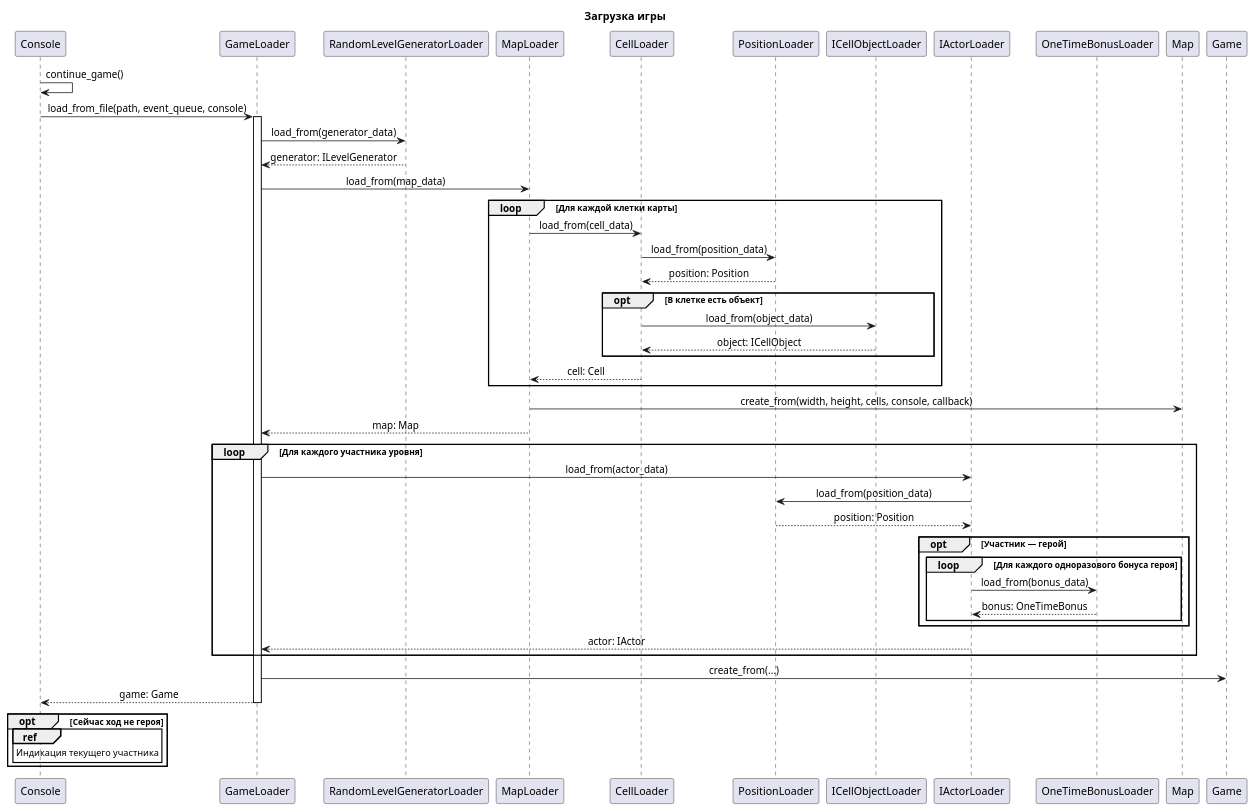
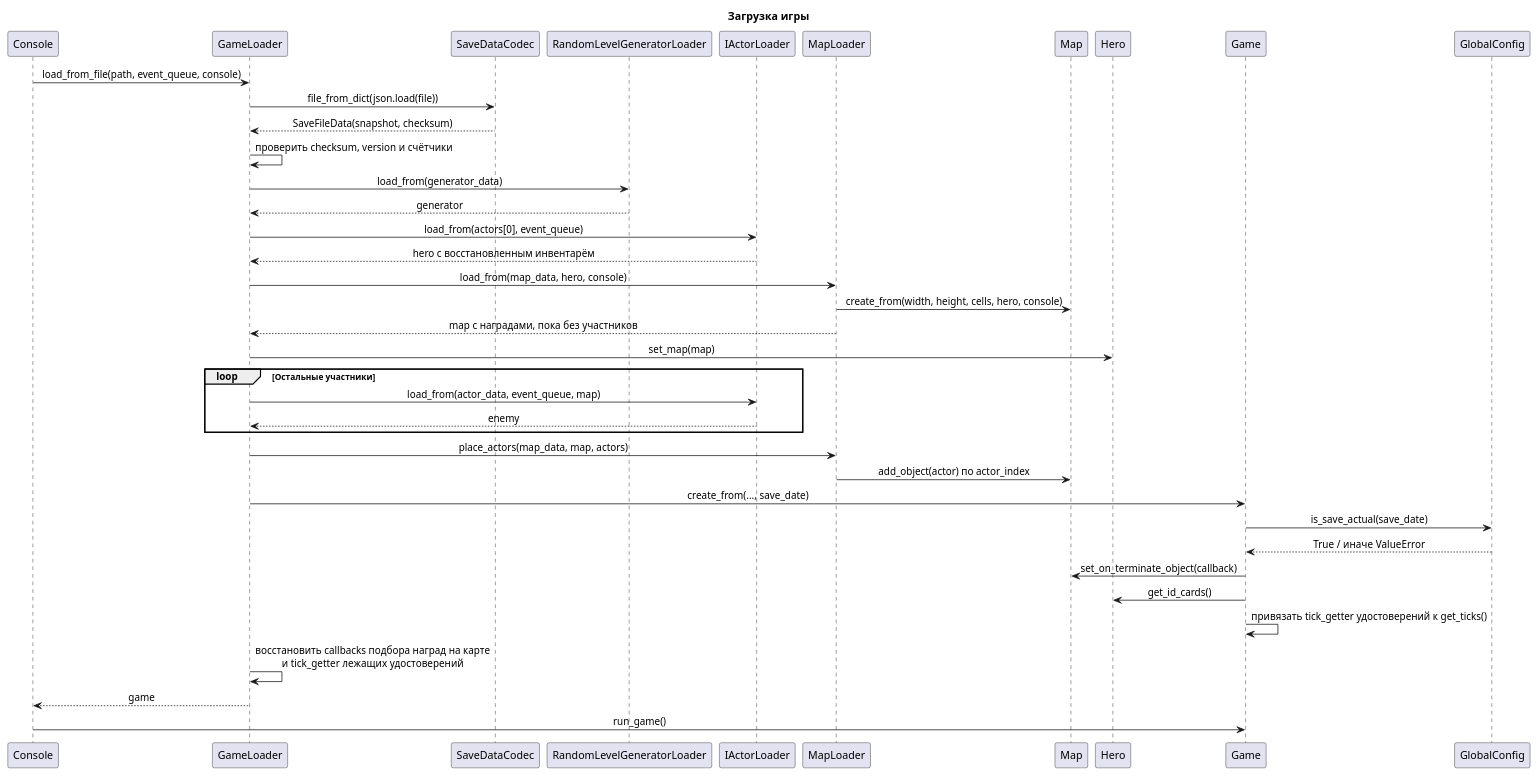
Before and after one commit to ISArchitec/Roguelike: the diagram in docs/diagrams/sequence/sequence_loading.plantuml, drawn with PlantUML. The commit also changed 18 other files, not shown here.

```diff
--- a/docs/diagrams/sequence/sequence_loading.plantuml
+++ b/docs/diagrams/sequence/sequence_loading.plantuml
@@ -1,57 +1,46 @@
 @startuml
 skinparam shadowing false
 skinparam sequenceParticipant roundCorner 0
 skinparam sequenceLifeLineBorderColor black
 skinparam sequenceLifeLineBackgroundColor white
 skinparam sequenceMessageAlign center
 title Загрузка игры
 
 participant Console
 participant GameLoader
+participant SaveDataCodec as Codec
 participant RandomLevelGeneratorLoader as GeneratorLoader
+participant IActorLoader as ActorLoader
 participant MapLoader
-participant CellLoader
-participant PositionLoader
-participant ICellObjectLoader as ObjectLoader
-participant IActorLoader as ActorLoader
-participant OneTimeBonusLoader as BonusLoader
 participant Map
+participant Hero
 participant Game
-
-Console -> Console: continue_game()
+participant GlobalConfig as Config
 Console -> GameLoader: load_from_file(path, event_queue, console)
-activate GameLoader
+GameLoader -> Codec: file_from_dict(json.load(file))
+Codec --> GameLoader: SaveFileData(snapshot, checksum)
+GameLoader -> GameLoader: проверить checksum, version и счётчики
 GameLoader -> GeneratorLoader: load_from(generator_data)
-GeneratorLoader --> GameLoader: generator: ILevelGenerator
-GameLoader -> MapLoader: load_from(map_data)
-loop Для каждой клетки карты
-    MapLoader -> CellLoader: load_from(cell_data)
-    CellLoader -> PositionLoader: load_from(position_data)
-    PositionLoader --> CellLoader: position: Position
-    opt В клетке есть объект
-        CellLoader -> ObjectLoader: load_from(object_data)
-        ObjectLoader --> CellLoader: object: ICellObject
-    end
-    CellLoader --> MapLoader: cell: Cell
+GeneratorLoader --> GameLoader: generator
+GameLoader -> ActorLoader: load_from(actors[0], event_queue)
+ActorLoader --> GameLoader: hero с восстановленным инвентарём
+GameLoader -> MapLoader: load_from(map_data, hero, console)
+MapLoader -> Map: create_from(width, height, cells, hero, console)
+MapLoader --> GameLoader: map с наградами, пока без участников
+GameLoader -> Hero: set_map(map)
+loop Остальные участники
+    GameLoader -> ActorLoader: load_from(actor_data, event_queue, map)
+    ActorLoader --> GameLoader: enemy
 end
-MapLoader -> Map: create_from(width, height, cells, console, callback)
-MapLoader --> GameLoader: map: Map
-loop Для каждого участника уровня
-    GameLoader -> ActorLoader: load_from(actor_data)
-    ActorLoader -> PositionLoader: load_from(position_data)
-    PositionLoader --> ActorLoader: position: Position
-    opt Участник — герой
-        loop Для каждого одноразового бонуса героя
-            ActorLoader -> BonusLoader: load_from(bonus_data)
-            BonusLoader --> ActorLoader: bonus: OneTimeBonus
-        end
-    end
-    ActorLoader --> GameLoader: actor: IActor
-end
-GameLoader -> Game: create_from(...)
-GameLoader --> Console: game: Game
-deactivate GameLoader
-opt Сейчас ход не героя
-    ref over Console: Индикация текущего участника
-end
+GameLoader -> MapLoader: place_actors(map_data, map, actors)
+MapLoader -> Map: add_object(actor) по actor_index
+GameLoader -> Game: create_from(..., save_date)
+Game -> Config: is_save_actual(save_date)
+Config --> Game: True / иначе ValueError
+Game -> Map: set_on_terminate_object(callback)
+Game -> Hero: get_id_cards()
+Game -> Game: привязать tick_getter удостоверений к get_ticks()
+GameLoader -> GameLoader: восстановить callbacks подбора наград на карте\nи tick_getter лежащих удостоверений
+GameLoader --> Console: game
+Console -> Game: run_game()
 @enduml
```
